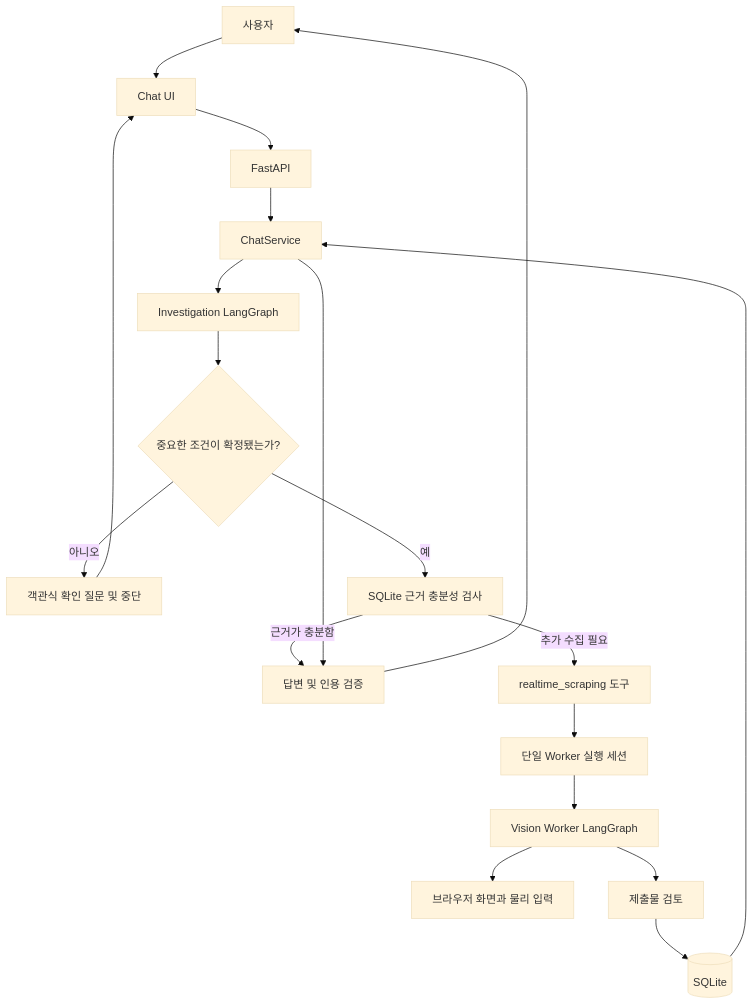
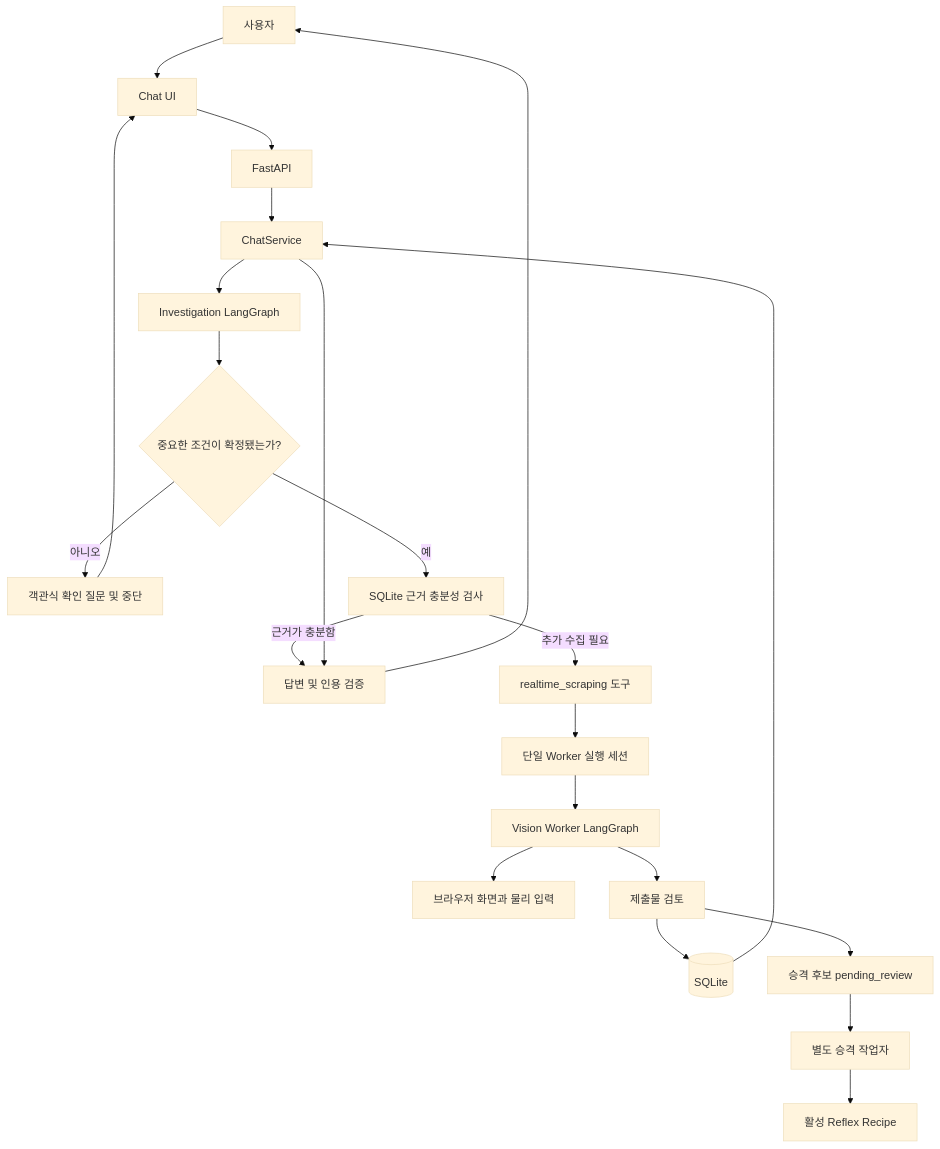
The first of 2 diagrams in ARCHITECTURE.md (Dreamtreeme/L2C), drawn with Mermaid (base theme) before and after one commit. The commit also changed other lines of this file and 54 other files, not shown here.

````diff
--- a/ARCHITECTURE.md
+++ b/ARCHITECTURE.md
@@ -7,21 +7,24 @@
 ```mermaid
 flowchart TD
     U[사용자] --> UI[Chat UI]
     UI --> API[FastAPI]
     API --> CS[ChatService]
     CS --> PLAN[Investigation LangGraph]
     PLAN --> CLARIFY{중요한 조건이 확정됐는가?}
     CLARIFY -->|아니오| INPUT[객관식 확인 질문 및 중단]
     INPUT --> UI
     CLARIFY -->|예| DBQ[SQLite 근거 충분성 검사]
     DBQ -->|근거가 충분함| ANSWER[답변 및 인용 검증]
     DBQ -->|추가 수집 필요| TOOL[realtime_scraping 도구]
     TOOL --> LOCK[단일 Worker 실행 세션]
     LOCK --> WG[Vision Worker LangGraph]
     WG --> WEB[브라우저 화면과 물리 입력]
     WG --> REVIEW[제출물 검토]
     REVIEW --> DB[(SQLite)]
+    REVIEW --> CANDIDATE[승격 후보 pending_review]
+    CANDIDATE --> PROMOTION[별도 승격 작업자]
+    PROMOTION --> RECIPE[활성 Reflex Recipe]
     DB --> CS
     CS --> ANSWER
     ANSWER --> U
 ```
````
